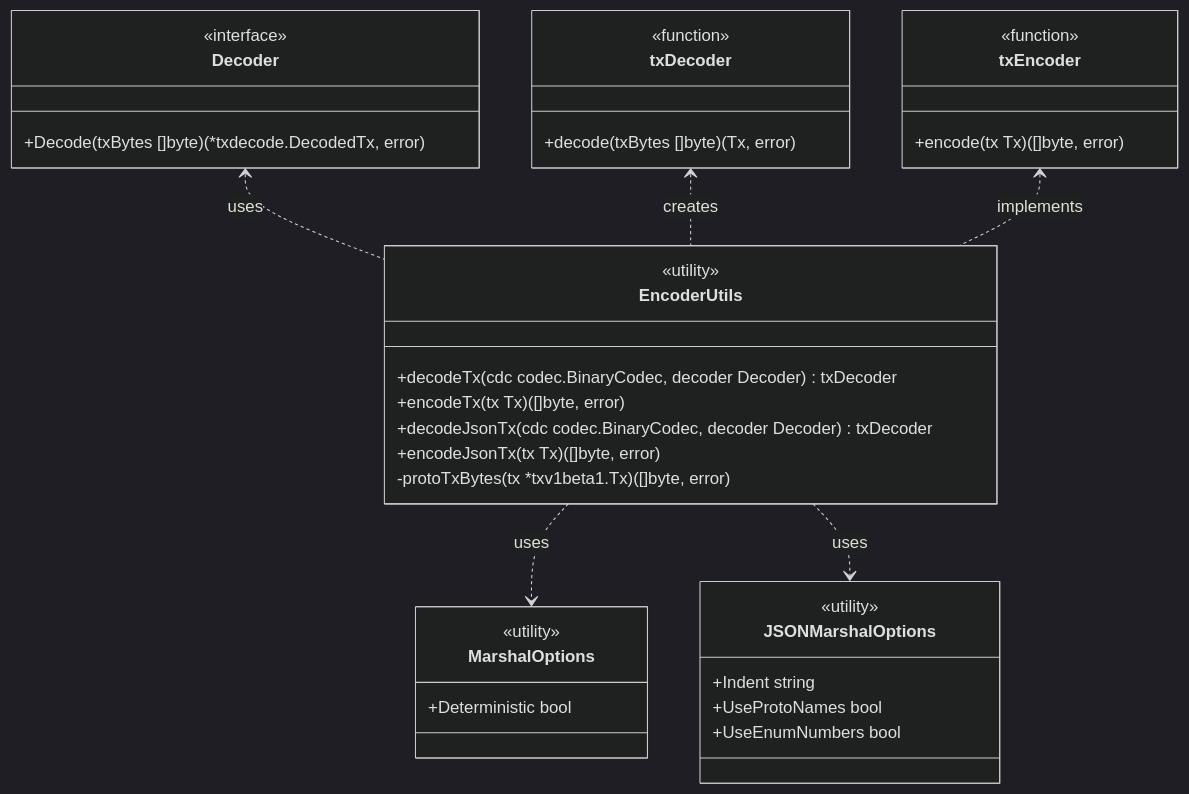
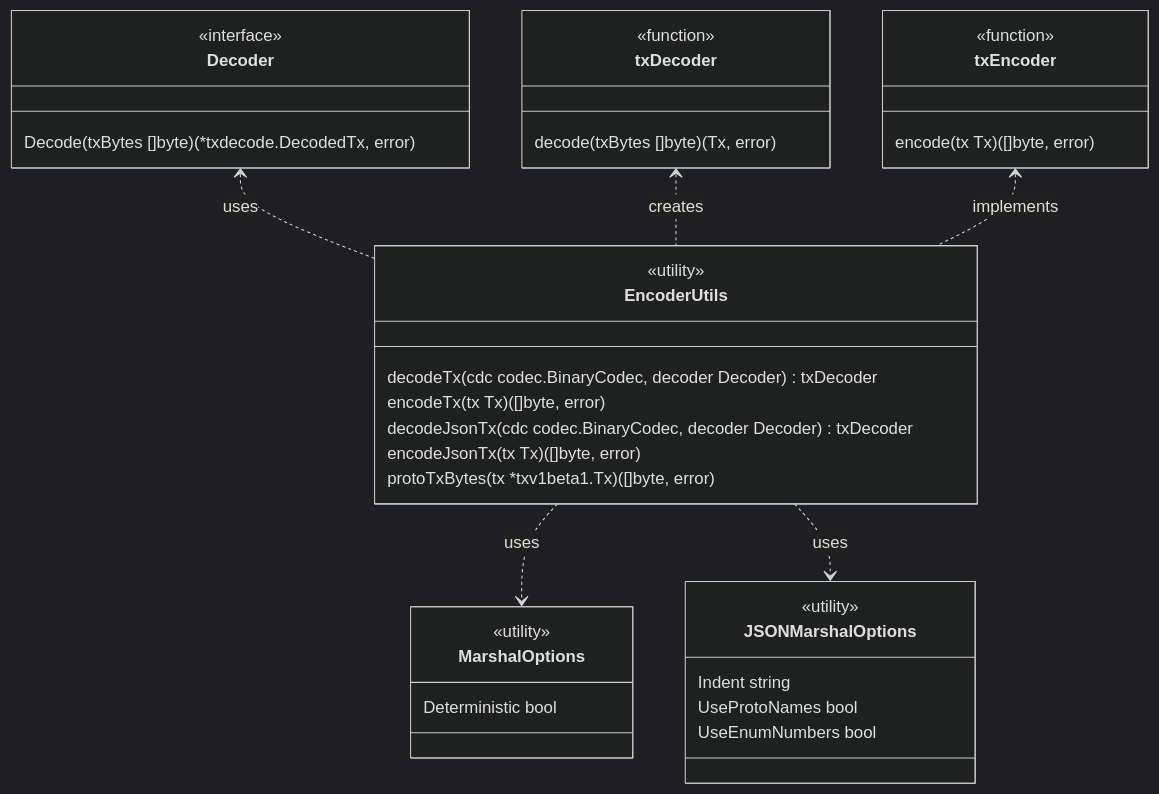
Before and after one commit to cosmos/cosmos-sdk: the fifth of 9 diagrams in client/v2/tx/README.md, drawn with Mermaid (dark theme). The commit also changed other lines of this file and 3 other files, not shown here.

````diff
--- a/client/v2/tx/README.md
+++ b/client/v2/tx/README.md
@@ -242,44 +243,44 @@
 ```mermaid
 classDiagram
     class Decoder {
         <<interface>>
-        +Decode(txBytes []byte) (*txdecode.DecodedTx, error)
+        Decode(txBytes []byte) (*txdecode.DecodedTx, error)
     }
 
     class txDecoder {
         <<function>>
-        +decode(txBytes []byte) (Tx, error)
+        decode(txBytes []byte) (Tx, error)
     }
 
     class txEncoder {
         <<function>>
-        +encode(tx Tx) ([]byte, error)
+        encode(tx Tx) ([]byte, error)
     }
 
     class EncoderUtils {
         <<utility>>
-        +decodeTx(cdc codec.BinaryCodec, decoder Decoder) txDecoder
-        +encodeTx(tx Tx) ([]byte, error)
-        +decodeJsonTx(cdc codec.BinaryCodec, decoder Decoder) txDecoder
-        +encodeJsonTx(tx Tx) ([]byte, error)
-        -protoTxBytes(tx *txv1beta1.Tx) ([]byte, error)
+        decodeTx(cdc codec.BinaryCodec, decoder Decoder) txDecoder
+        encodeTx(tx Tx) ([]byte, error)
+        decodeJsonTx(cdc codec.BinaryCodec, decoder Decoder) txDecoder
+        encodeJsonTx(tx Tx) ([]byte, error)
+        protoTxBytes(tx *txv1beta1.Tx) ([]byte, error)
     }
 
     class MarshalOptions {
         <<utility>>
-        +Deterministic bool
+        Deterministic bool
     }
 
     class JSONMarshalOptions {
         <<utility>>
-        +Indent string
-        +UseProtoNames bool
-        +UseEnumNumbers bool
+        Indent string
+        UseProtoNames bool
+        UseEnumNumbers bool
     }
 
     Decoder <.. EncoderUtils : uses
     txDecoder <.. EncoderUtils : creates
     txEncoder <.. EncoderUtils : implements
     EncoderUtils ..> MarshalOptions : uses
     EncoderUtils ..> JSONMarshalOptions : uses
 ```
````
